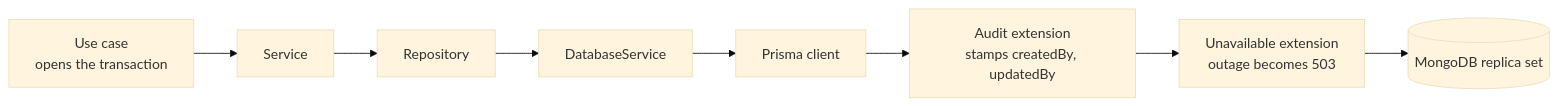
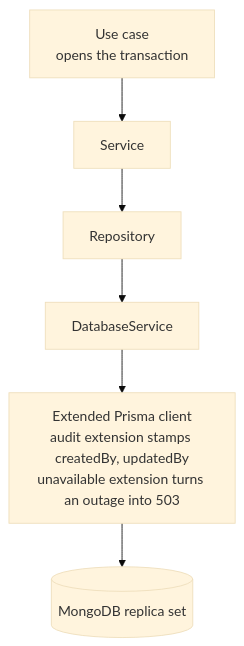
Before and after one commit to andrechristikan/ack-nestjs-boilerplate: the diagram in docs/concepts/database.md, drawn with Mermaid (base theme). The commit also changed other lines of this file and 35 other files, not shown here.

Commit message:
docs: draw every diagram top to bottom and match each to its page

````diff
--- a/docs/concepts/database.md
+++ b/docs/concepts/database.md
@@ -35,10 +37,8 @@
 ```mermaid
-flowchart LR
+flowchart TB
     UC["Use case<br/>opens the transaction"] --> SV["Service"]
     SV --> RP["Repository"]
     RP --> DS["DatabaseService"]
-    DS --> CL["Prisma client"]
-    CL --> AU["Audit extension<br/>stamps createdBy, updatedBy"]
-    AU --> UN["Unavailable extension<br/>outage becomes 503"]
-    UN --> DB[("MongoDB replica set")]
+    DS --> CL["Extended Prisma client<br/>audit extension stamps createdBy, updatedBy<br/>unavailable extension turns an outage into 503"]
+    CL --> DB[("MongoDB replica set")]
 ```
````
